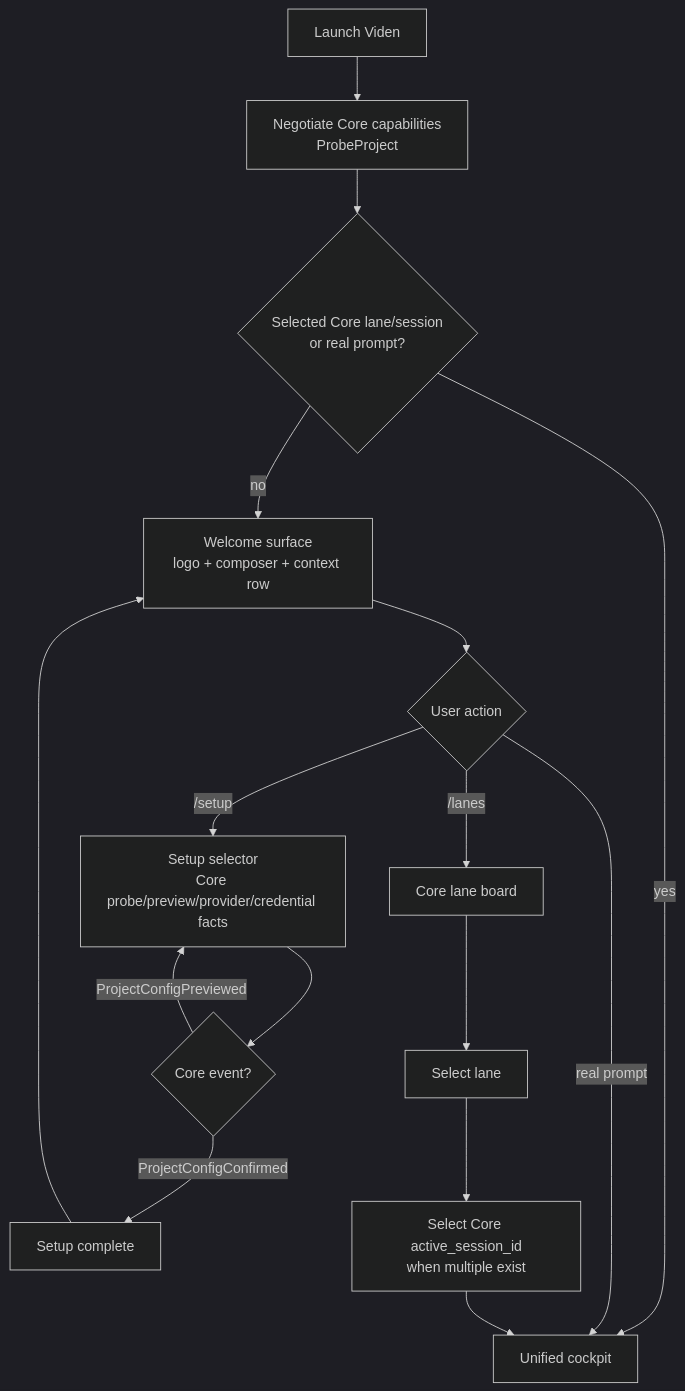
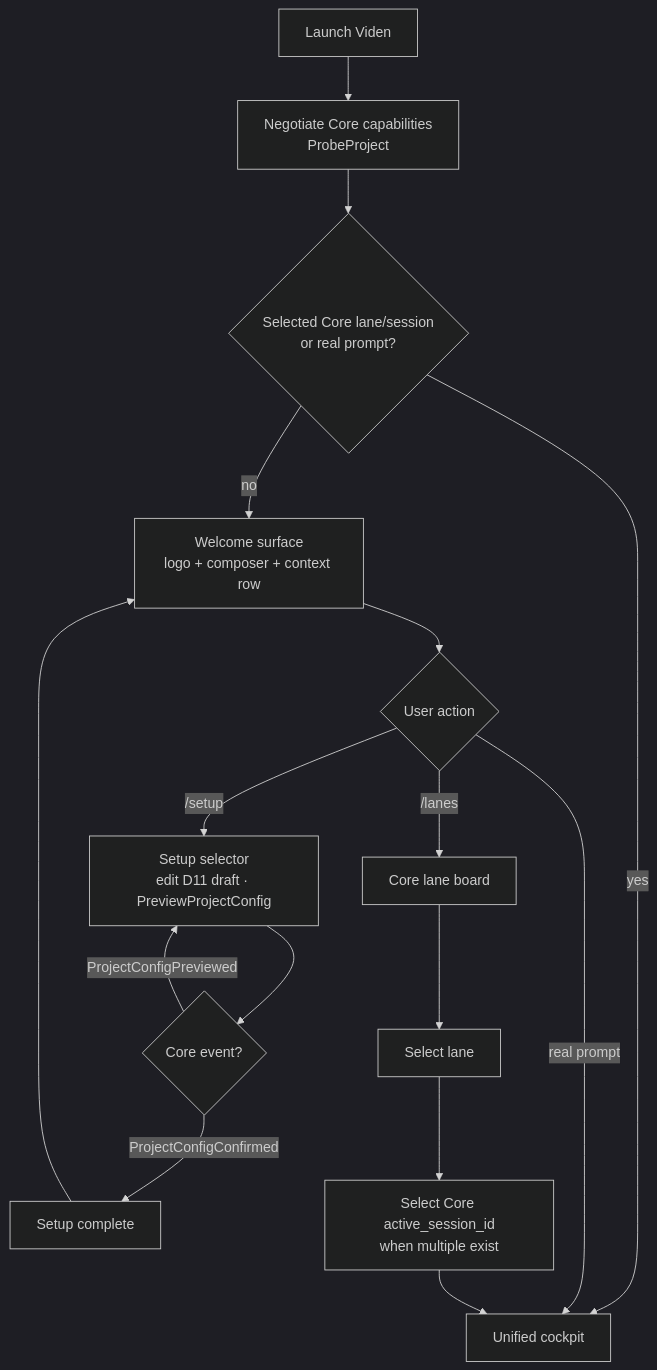
The fourth of 10 diagrams in docs/tui-interaction-flow-design.md (wikieden/robocode), drawn with Mermaid (dark theme) before and after one commit. The commit also changed other lines of this file and 16 other files, not shown here.

````diff
--- a/docs/tui-interaction-flow-design.md
+++ b/docs/tui-interaction-flow-design.md
@@ -147,20 +147,20 @@
 ```mermaid
 flowchart TD
     A["Launch Viden"] --> B["Negotiate Core capabilities<br/>ProbeProject"]
     B --> C{"Selected Core lane/session<br/>or real prompt?"}
     C -->|no| D["Welcome surface<br/>logo + composer + context row"]
     C -->|yes| E["Unified cockpit"]
 
     D --> F{"User action"}
-    F -->|/setup| G["Setup selector<br/>Core probe/preview/provider/credential facts"]
+    F -->|/setup| G["Setup selector<br/>edit D11 draft · PreviewProjectConfig"]
     F -->|/lanes| H["Core lane board"]
     F -->|real prompt| E
 
     G --> I{"Core event?"}
     I -->|ProjectConfigPreviewed| G
     I -->|ProjectConfigConfirmed| J["Setup complete"]
     J --> D
     H --> K["Select lane"]
     K --> L["Select Core active_session_id<br/>when multiple exist"]
     L --> E
 ```
````
